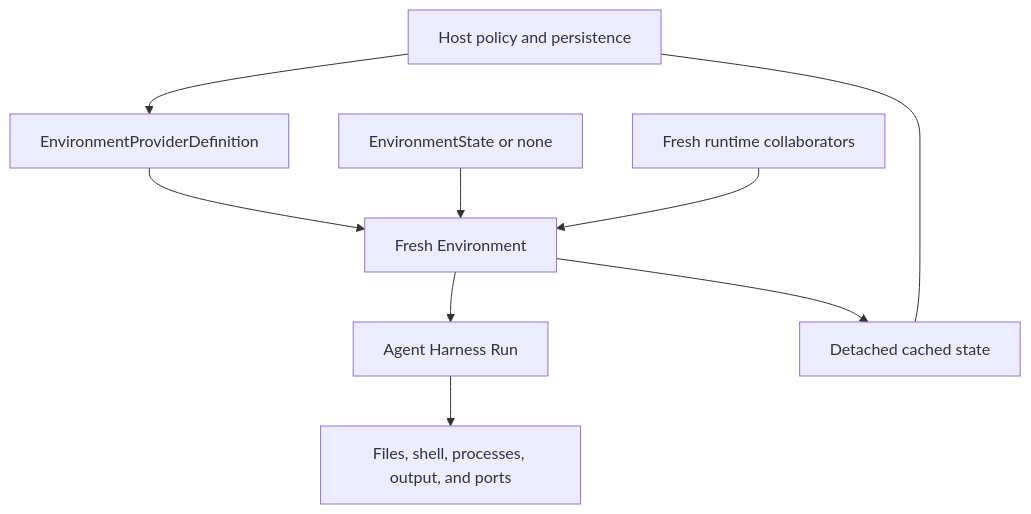
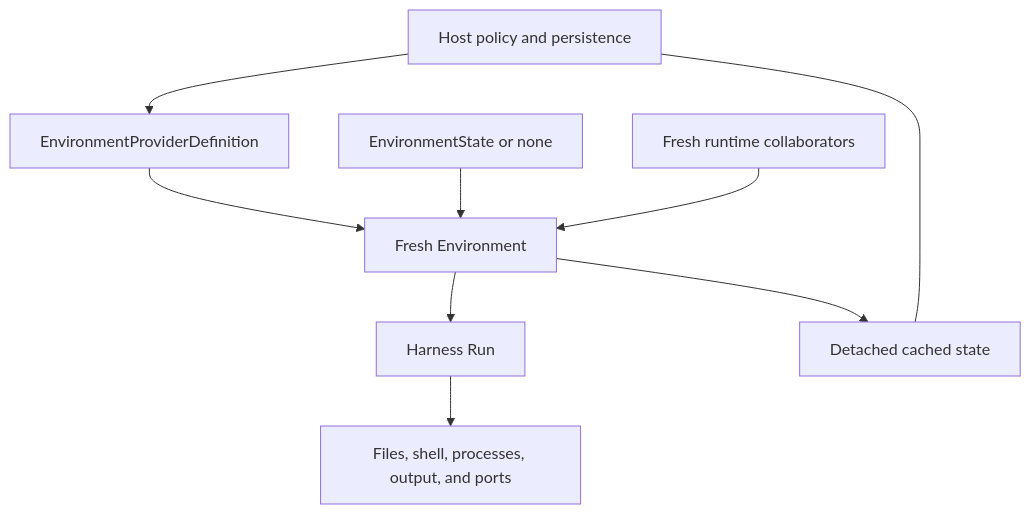
The diagram in docs/environments/lifecycle.md (converge-ai-labs/agent-foundation), drawn with Mermaid before and after one commit. The commit also changed other lines of this file and 199 other files, not shown here.

````diff
--- a/docs/environments/lifecycle.md
+++ b/docs/environments/lifecycle.md
@@ -12,15 +12,15 @@
 ```mermaid
 flowchart TB
     Host[Host policy and persistence] --> Definition[EnvironmentProviderDefinition]
     Definition --> Adapter[Fresh Environment]
     State[EnvironmentState or none] --> Adapter
     Runtime[Fresh runtime collaborators] --> Adapter
-    Adapter --> Harness[Agent Harness Run]
+    Adapter --> Harness[Harness Run]
     Harness --> Operations[Files, shell, processes, output, and ports]
     Adapter --> Latest[Detached cached state]
     Host <--- Latest
 
     class Host app
     class Definition,Adapter,Harness a13n
     class State,Latest store
 ```
````
